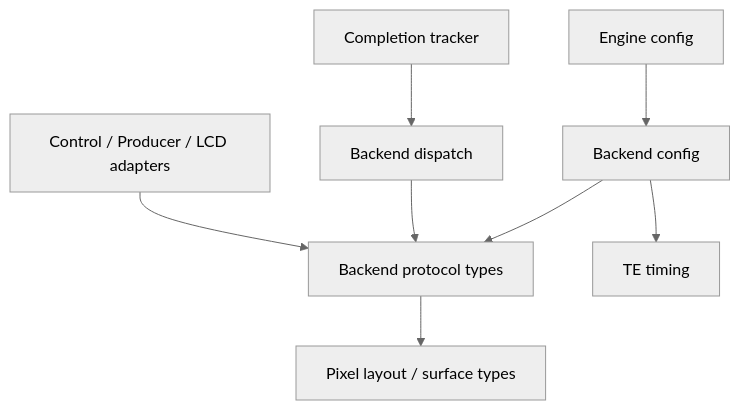
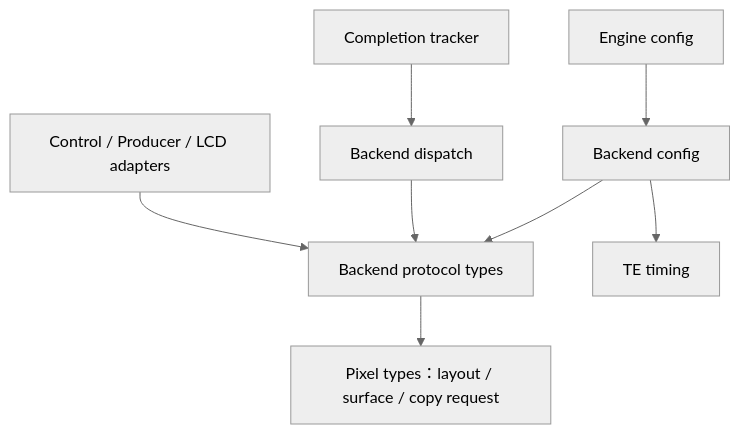
One commit to espressif2022/esp-iot-solution changed the diagram in components/display/tools/esp_display_present/dev/SOURCE_LAYOUT.md. Above: the diagram before and after it, drawn with Mermaid (neutral theme). The commit also changed other lines of this file and 50 other files, not shown here.

````diff
--- a/components/display/tools/esp_display_present/dev/SOURCE_LAYOUT.md
+++ b/components/display/tools/esp_display_present/dev/SOURCE_LAYOUT.md
@@ -54,10 +54,10 @@
 ```mermaid
 flowchart TD
     EC[Engine config] --> BC[Backend config]
     BC --> BT[Backend protocol types]
     BC --> TE[TE timing]
     OPS[Backend dispatch] --> BT
     CP[Control / Producer / LCD adapters] --> BT
     TRACK[Completion tracker] --> OPS
-    BT --> PIXEL[Pixel layout / surface types]
+    BT --> PIXEL[Pixel types：layout / surface / copy request]
 ```
````
